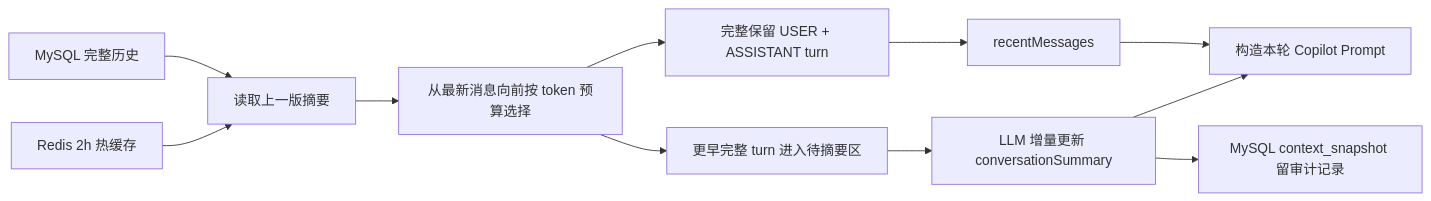
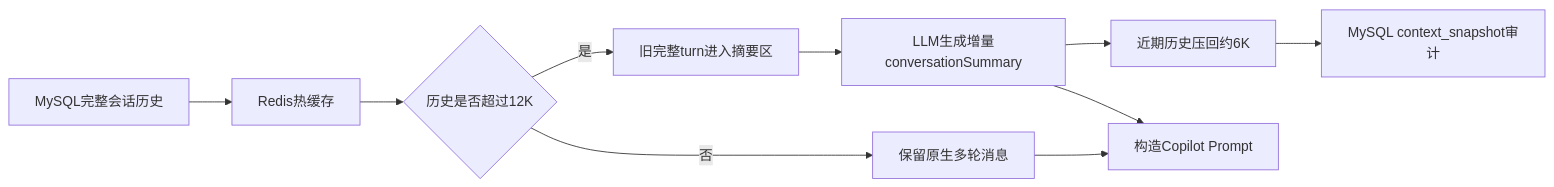
Before and after one commit to iTomGeller/ResumAI-Agent: the diagram in reports/copilot_context_compression_20260820/COPILOT_CONTEXT_COMPRESSION.md, drawn with Mermaid. The commit also changed other lines of this file, not shown here.

Commit message:
docs: retain current copilot 12k benchmark only

````diff
--- a/reports/copilot_context_compression_20260820/COPILOT_CONTEXT_COMPRESSION.md
+++ b/reports/copilot_context_compression_20260820/COPILOT_CONTEXT_COMPRESSION.md
@@ -31,13 +32,12 @@
 ```mermaid
 flowchart LR
-    A[MySQL 完整历史] --> B[读取上一版摘要]
-    R[Redis 2h 热缓存] --> B
-    B --> C[从最新消息向前按 token 预算选择]
-    C --> D[完整保留 USER + ASSISTANT turn]
-    C --> E[更早完整 turn 进入待摘要区]
-    D --> F[recentMessages]
-    E --> G[LLM 增量更新 conversationSummary]
-    G --> H[MySQL context_snapshot 留审计记录]
-    F --> I[构造本轮 Copilot Prompt]
-    G --> I
+    A[MySQL完整会话历史] --> B[Redis热缓存]
+    B --> C{历史是否超过12K}
+    C -->|否| D[保留原生多轮消息]
+    C -->|是| E[旧完整turn进入摘要区]
+    E --> F[LLM生成增量conversationSummary]
+    F --> G[近期历史压回约6K]
+    G --> H[MySQL context_snapshot审计]
+    D --> I[构造Copilot Prompt]
+    F --> I
 ```
````
